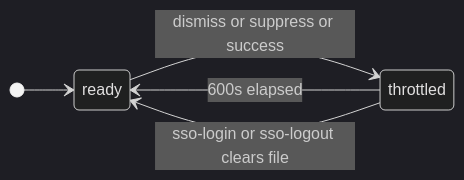
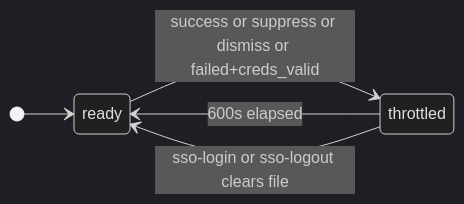
One commit to rp-arielrodriguez/bazel-aws-maven-proxy changed the eighth of 9 diagrams in docs/state-machine.md. Above: the diagram before and after it, drawn with Mermaid (dark theme). The commit also changed other lines of this file and 1 other file, not shown here.

First line of the commit message:
docs: fix 14 mermaid diagram inaccuracies

````diff
--- a/docs/state-machine.md
+++ b/docs/state-machine.md
@@ -142,8 +160,8 @@
 ```mermaid
 stateDiagram-v2
     direction LR
     [*] --> ready
-    ready --> throttled : dismiss or suppress or success
+    ready --> throttled : success or suppress or dismiss or failed+creds_valid
     throttled --> ready : 600s elapsed
     throttled --> ready : sso-login or sso-logout clears file
 ```
````
